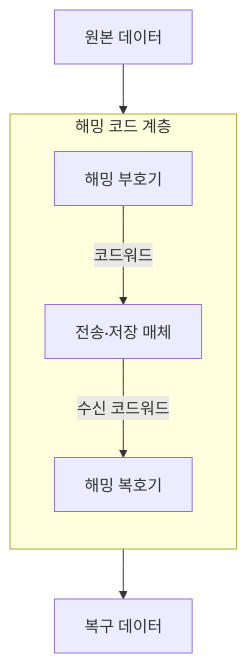
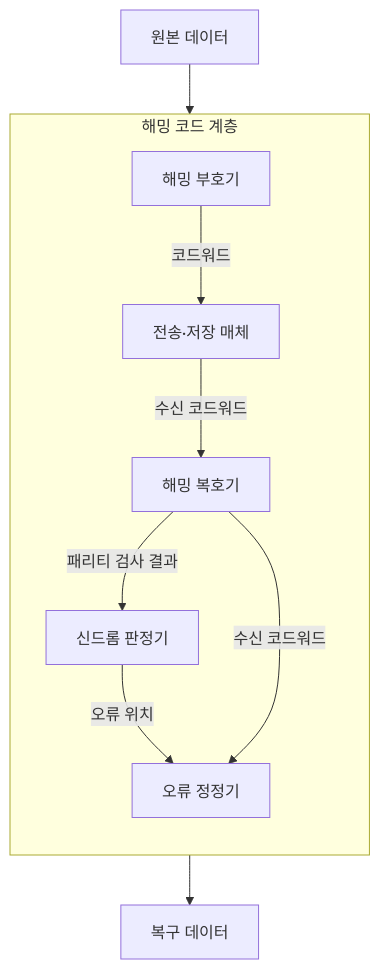
Before and after one commit to agnusdei1207/knowledge-base: the second of 3 diagrams in src/content/docs/notes/01-basic-theory/028_hamming_code.md, drawn with Mermaid. The commit also changed other lines of this file and 20 other files, not shown here.

````diff
--- a/src/content/docs/notes/01-basic-theory/028_hamming_code.md
+++ b/src/content/docs/notes/01-basic-theory/028_hamming_code.md
@@ -78,10 +80,13 @@
 ```mermaid
 flowchart TB
     subgraph H["해밍 코드 계층"]
         direction TB
         E["해밍 부호기"] -->|코드워드| M["전송·저장 매체"]
         M -->|수신 코드워드| DEC["해밍 복호기"]
+        DEC -->|패리티 검사 결과| S["신드롬 판정기"]
+        S -->|오류 위치| C["오류 정정기"]
+        DEC -->|수신 코드워드| C
     end
     IN["원본 데이터"] --> E
-    DEC --> OUT["복구 데이터"]
+    C --> OUT["복구 데이터"]
 ```
````
